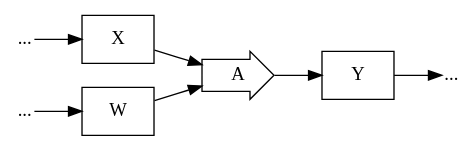
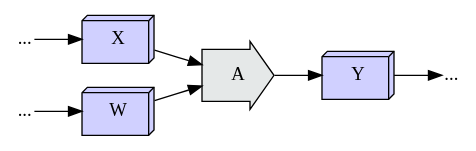
Before and after one commit to crutcher/crutcher.github.io-source: diagram 35 of 55 in source/Tapestry/index.md, drawn with Graphviz. The commit also changed other lines of this file and 2 other files, not shown here.

````diff
--- a/source/Tapestry/index.md
+++ b/source/Tapestry/index.md
@@ -5488,16 +5538,21 @@
 ```graphviz
 digraph G {
   rankdir=LR;
-  W, X, Y [shape=box];
-  A [shape=rarrow];
+  W, X, Y [shape=box3d, fillcolor="#d0d0ff", style=filled];
+  A [
+      shape=rarrow,
+      margin=0.25,
+      style=filled,
+      fillcolor="#E5E8E8",
+  ];
   
   G1, G2, G3 [label="...", shape=plain];
   G1 -> W;
   G2 -> X;
   Y -> G3;
   
   W -> A;
   X -> A;
   A -> Y;
 }
 ```
````
